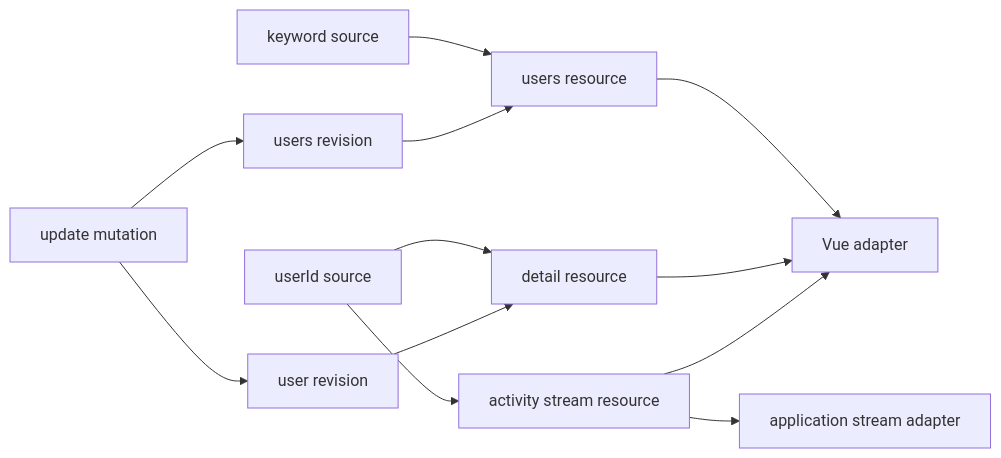
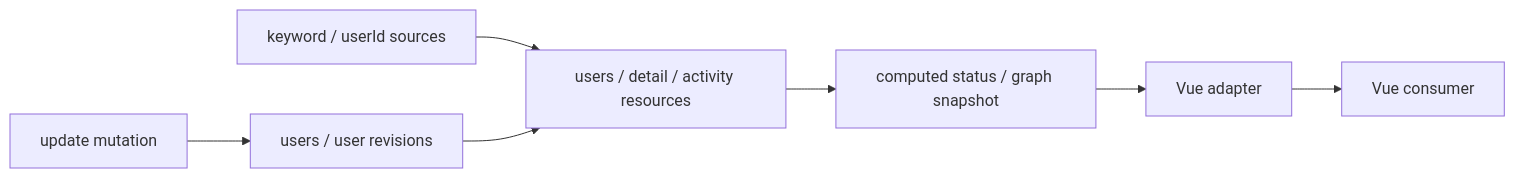
Before and after one commit to Luciano0322/v-tw-talk-2026: the sixth of 6 diagrams in docs/vue-async-ownership-talk-proposal.md, drawn with Mermaid. The commit also changed other lines of this file and 3 other files, not shown here.

````diff
--- a/docs/vue-async-ownership-talk-proposal.md
+++ b/docs/vue-async-ownership-talk-proposal.md
@@ -984,14 +984,9 @@
 ```mermaid
 flowchart LR
-  Keyword[keyword source] --> Users[users resource]
-  UserId[userId source] --> Detail[detail resource]
-  UserId --> Stream[activity stream resource]
-  UsersRevision[users revision] --> Users
-  UserRevision[user revision] --> Detail
-  Mutation[update mutation] --> UsersRevision
-  Mutation --> UserRevision
-  Stream --> StreamAdapter[application stream adapter]
-  Users --> Vue[Vue adapter]
-  Detail --> Vue
-  Stream --> Vue
+  Sources[keyword / userId sources] --> Resources[users / detail / activity resources]
+  Mutation[update mutation] --> Revisions[users / user revisions]
+  Revisions --> Resources
+  Resources --> Derived[computed status / graph snapshot]
+  Derived --> Adapter[Vue adapter]
+  Adapter --> Vue[Vue consumer]
 ```
````
